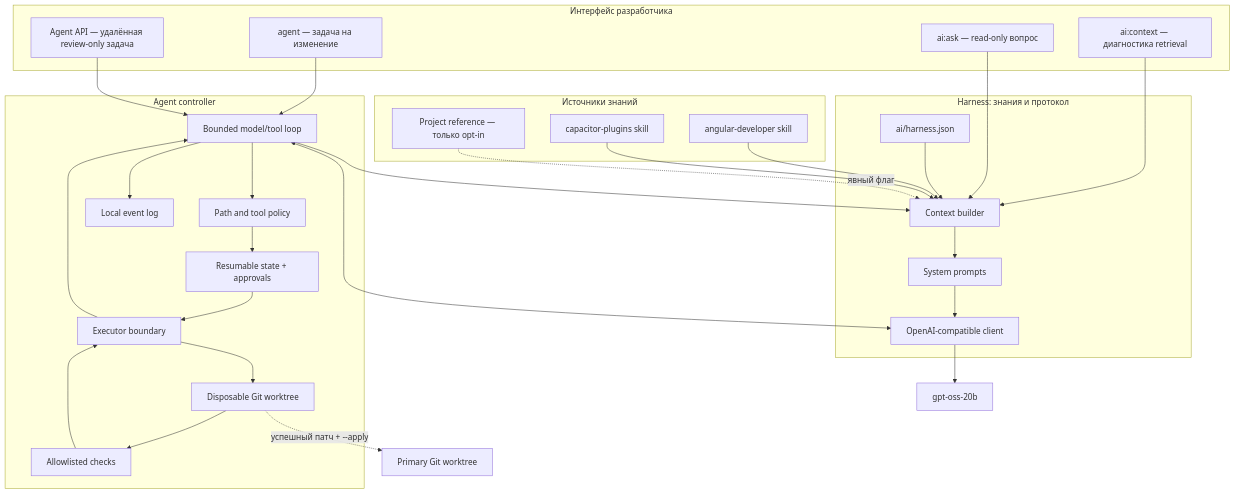
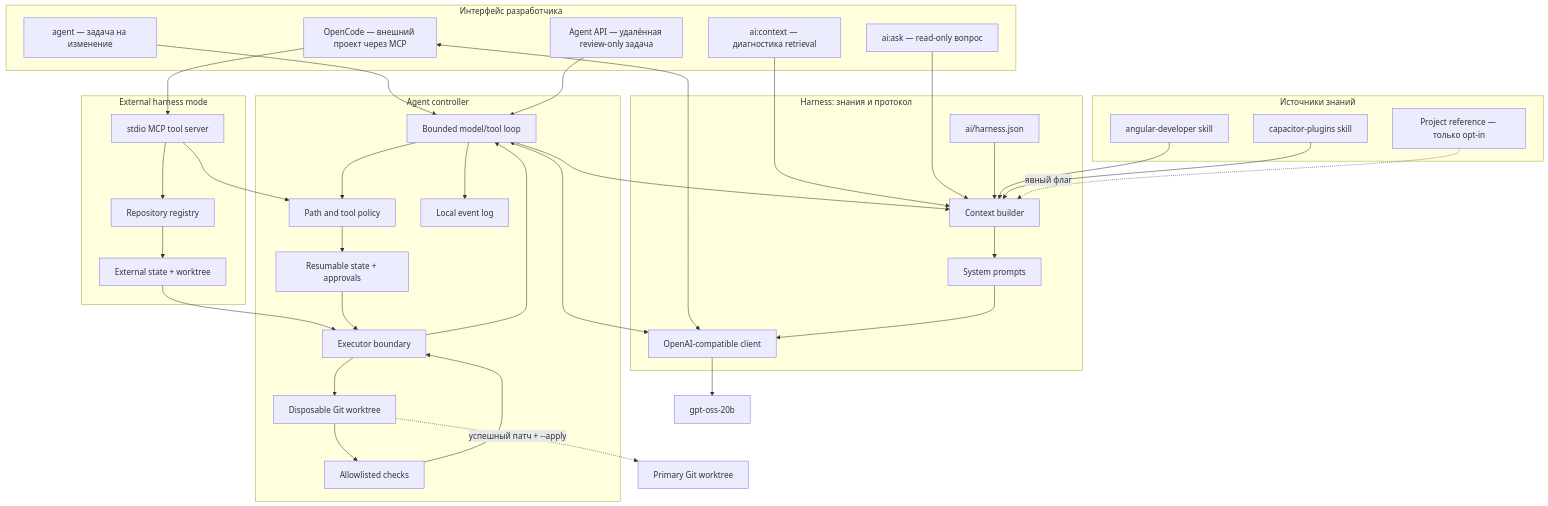
Before and after one commit to Vlodzimej/iona: the first of 4 diagrams in docs/architecture.md, drawn with Mermaid. The commit also changed other lines of this file and 33 other files, not shown here.

Commit message:
feat(harness): add isolated OpenCode MCP workflow

````diff
--- a/docs/architecture.md
+++ b/docs/architecture.md
@@ -9,51 +9,62 @@
 ```mermaid
 flowchart TB
     subgraph UX["Интерфейс разработчика"]
         Q["ai:ask — read-only вопрос"]
         T["agent — задача на изменение"]
         RA["Agent API — удалённая review-only задача"]
+        OC["OpenCode — внешний проект через MCP"]
         C["ai:context — диагностика retrieval"]
     end
 
     subgraph H["Harness: знания и протокол"]
         CFG["ai/harness.json"]
         R["Context builder"]
         P["System prompts"]
         API["OpenAI-compatible client"]
     end
 
     subgraph K["Источники знаний"]
         AS["angular-developer skill"]
         CS["capacitor-plugins skill"]
         PR["Project reference — только opt-in"]
     end
 
     subgraph AR["Agent controller"]
         LOOP["Bounded model/tool loop"]
         POL["Path and tool policy"]
         WT["Disposable Git worktree"]
         CH["Allowlisted checks"]
         LOG["Local event log"]
         ST["Resumable state + approvals"]
         EX["Executor boundary"]
     end
 
+    subgraph EM["External harness mode"]
+        MCP["stdio MCP tool server"]
+        REG["Repository registry"]
+        EWT["External state + worktree"]
+    end
+
     LM["gpt-oss-20b"]
     MAIN["Primary Git worktree"]
 
     C --> R
     Q --> R
     T --> LOOP
     RA --> LOOP
+    OC <--> API
+    OC --> MCP --> POL
+    MCP --> REG --> EWT
+    EWT --> EX
     CFG --> R
     AS --> R
     CS --> R
     PR -. "явный флаг" .-> R
     R --> P --> API --> LM
     LOOP --> R
     LOOP <--> API
     LOOP --> POL --> ST --> EX --> WT
     WT --> CH --> EX --> LOOP
     LOOP --> LOG
     WT -. "успешный патч + --apply" .-> MAIN
 ```
````
